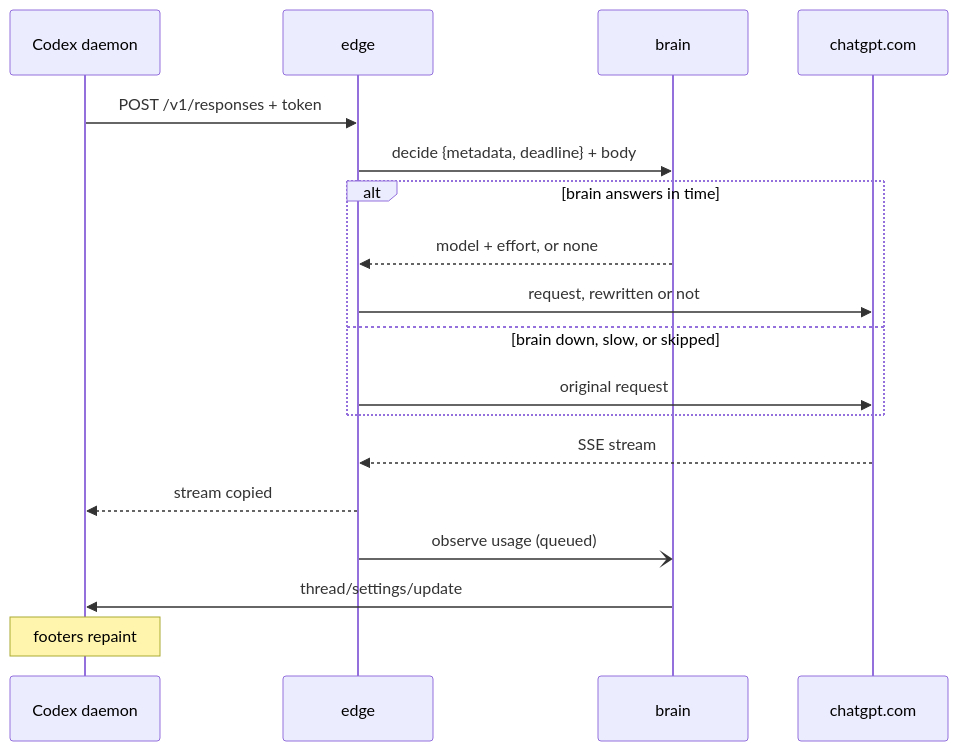
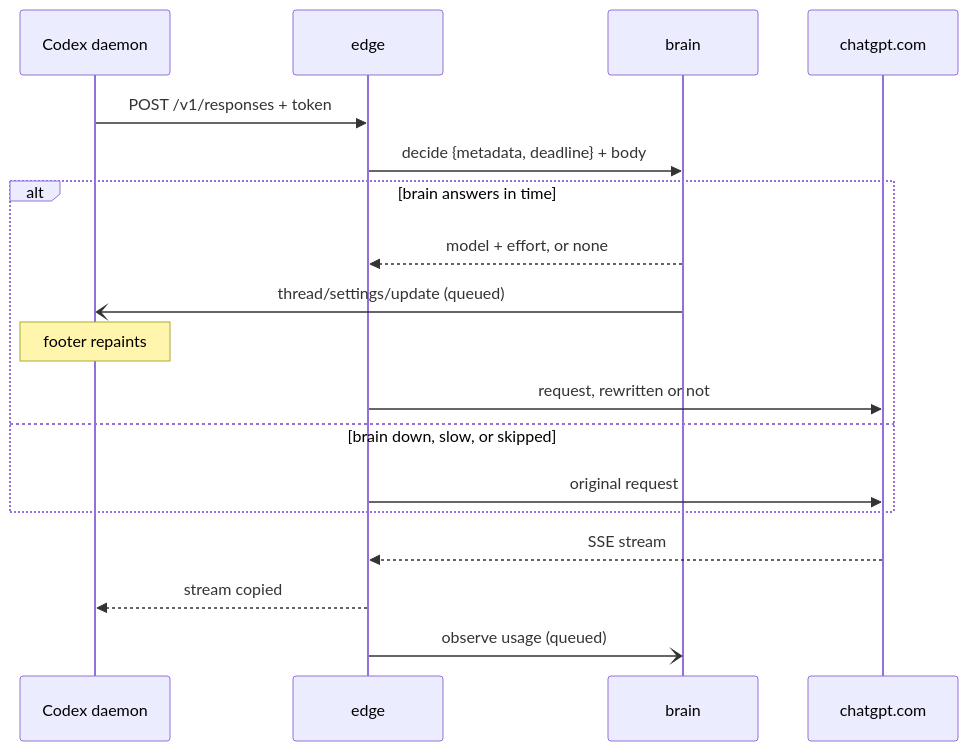
The ninth of 9 diagrams in docs/architecture.md (alexei-led/codex-router), drawn with Mermaid before and after one commit. The commit also changed other lines of this file and 5 other files, not shown here.

First line of the commit message:
docs: align architecture, guide and config reference with the code

````diff
--- a/docs/architecture.md
+++ b/docs/architecture.md
@@ -304,20 +312,20 @@
 ```mermaid
 sequenceDiagram
   participant D as Codex daemon
   participant E as edge
   participant B as brain
   participant U as chatgpt.com
   D->>E: POST /v1/responses + token
   E->>B: decide {metadata, deadline} + body
   alt brain answers in time
     B-->>E: model + effort, or none
+    B-)D: thread/settings/update (queued)
+    Note over D: footer repaints
     E->>U: request, rewritten or not
   else brain down, slow, or skipped
     E->>U: original request
   end
   U-->>E: SSE stream
   E-->>D: stream copied
   E-)B: observe usage (queued)
-  B->>D: thread/settings/update
-  Note over D: footers repaint
 ```
````
